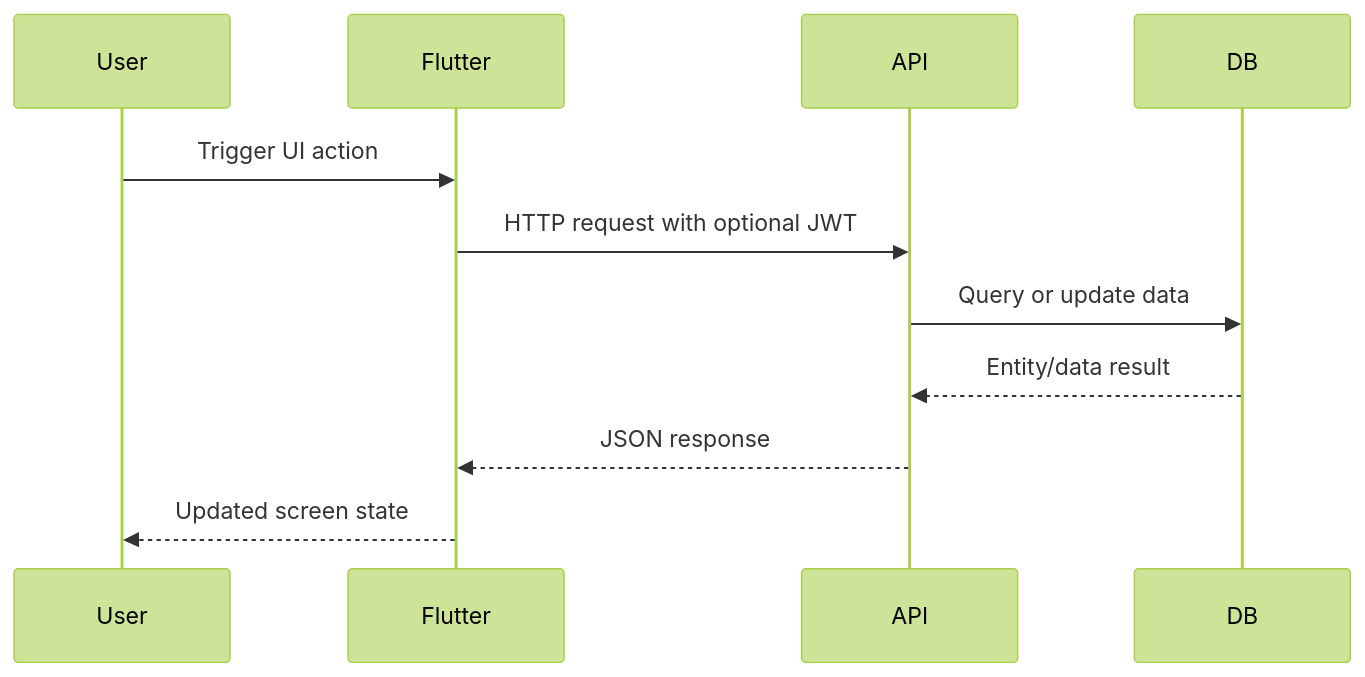
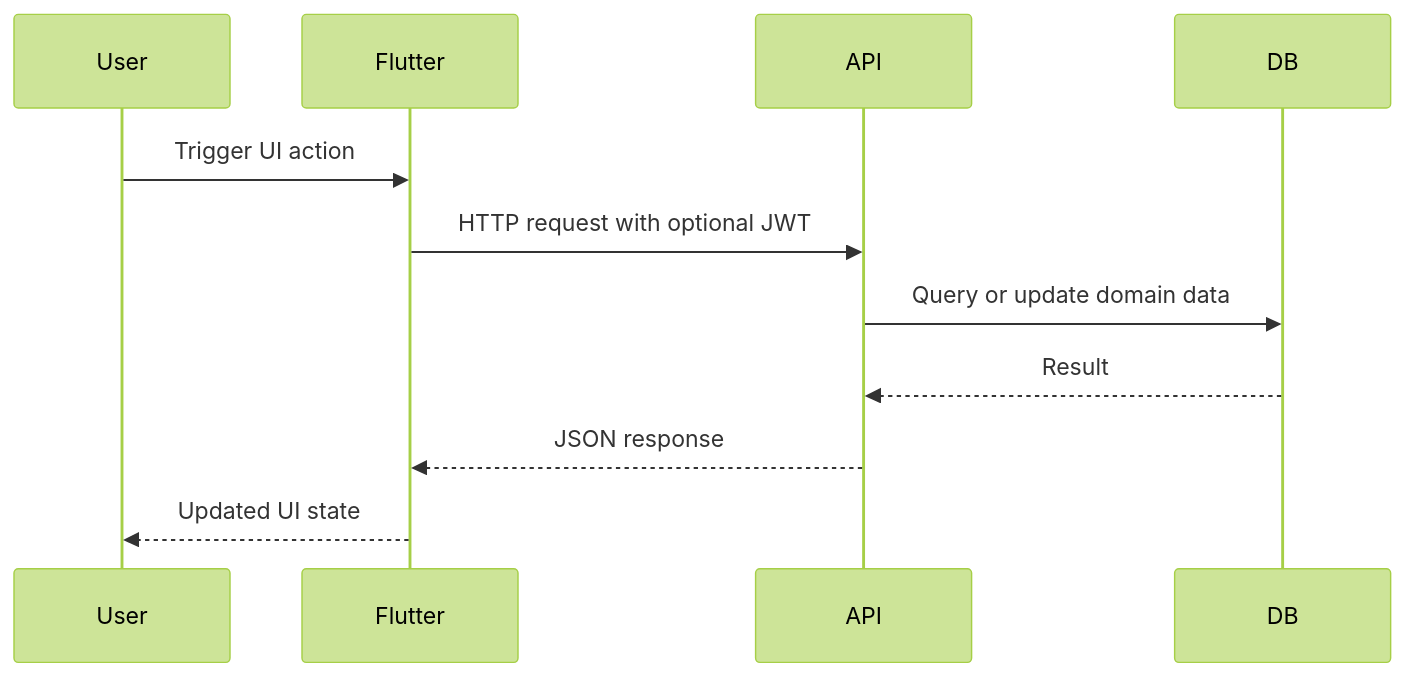
The third of 5 diagrams in README.md (InsightHubapp/InsightHub), drawn with Mermaid (forest theme) before and after one commit. The commit also changed other lines of this file and 1 other file, not shown here.

````diff
--- a/README.md
+++ b/README.md
@@ -403,14 +423,14 @@
 ```mermaid
 sequenceDiagram
     participant User
     participant Flutter
     participant API
     participant DB
 
     User->>Flutter: Trigger UI action
     Flutter->>API: HTTP request with optional JWT
-    API->>DB: Query or update data
-    DB-->>API: Entity/data result
+    API->>DB: Query or update domain data
+    DB-->>API: Result
     API-->>Flutter: JSON response
-    Flutter-->>User: Updated screen state
+    Flutter-->>User: Updated UI state
 ```
````
